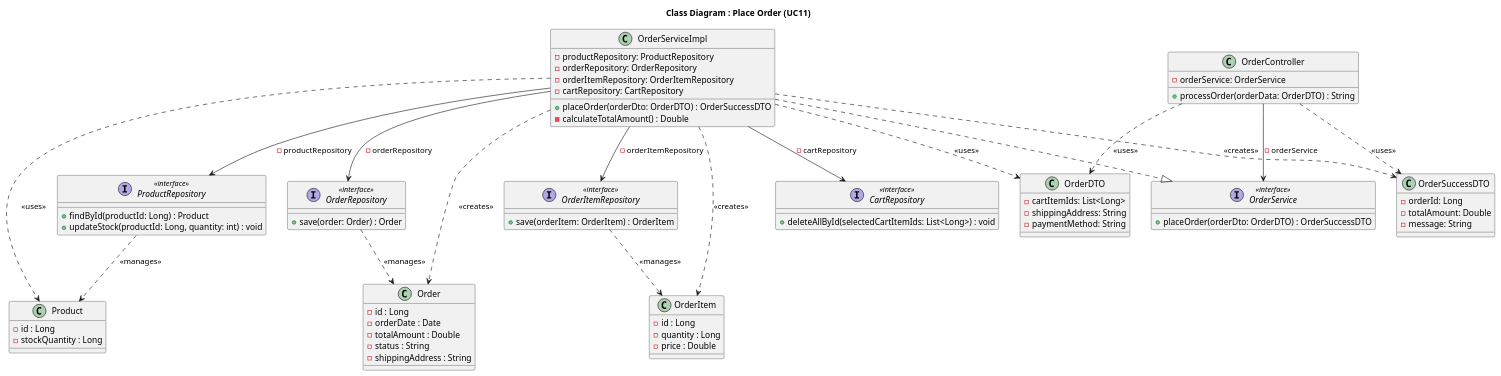
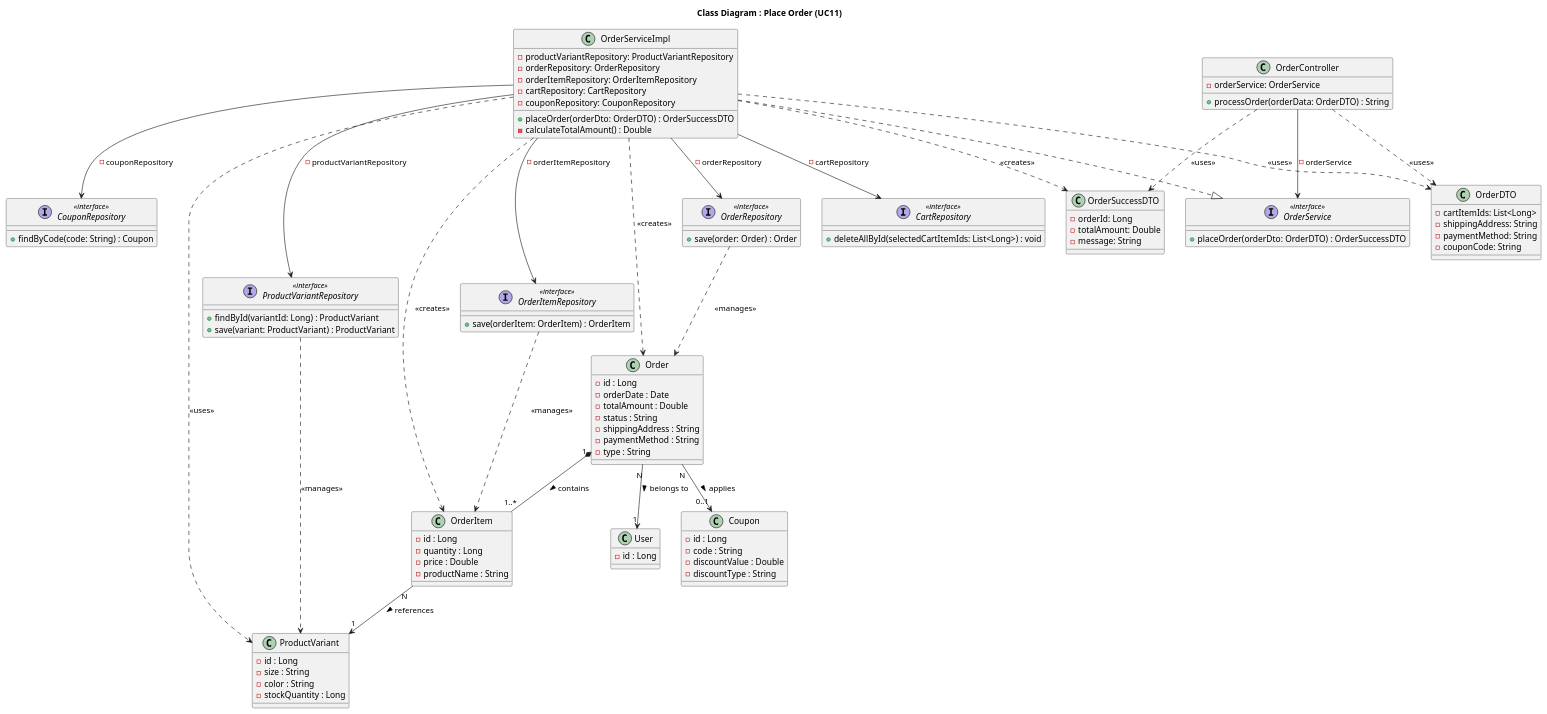
Before and after one commit to Peterdir/fashion-store-system: the diagram in src/main/java/org/example/fashionstoresystem/uml/Class/CD11_PlaceOrder.puml, drawn with PlantUML. The commit also changed 10 other files, not shown here.

```diff
--- a/src/main/java/org/example/fashionstoresystem/uml/Class/CD11_PlaceOrder.puml
+++ b/src/main/java/org/example/fashionstoresystem/uml/Class/CD11_PlaceOrder.puml
@@ -1,102 +1,129 @@
 @startuml
 title Class Diagram : Place Order (UC11)
 
 ' Controller
 class OrderController {
     - orderService: OrderService
     + processOrder(orderData: OrderDTO) : String
 }
 
 ' Service
+
 interface OrderService <<interface>>{
     + placeOrder(orderDto: OrderDTO) : OrderSuccessDTO
 }
 
 class OrderServiceImpl {
     + placeOrder(orderDto: OrderDTO) : OrderSuccessDTO
     - calculateTotalAmount() : Double
-    - productRepository: ProductRepository
+    - productVariantRepository: ProductVariantRepository
     - orderRepository: OrderRepository
     - orderItemRepository: OrderItemRepository
     - cartRepository: CartRepository
+    - couponRepository: CouponRepository
 }
 
 ' Repository
-interface ProductRepository <<interface>> {
-    + findById(productId: Long) : Product
-    + updateStock(productId: Long, quantity: int) : void
+interface ProductVariantRepository <<interface>> {
+    + findById(variantId: Long) : ProductVariant
+    + save(variant: ProductVariant) : ProductVariant
 }
 
 interface OrderRepository <<interface>> {
     + save(order: Order) : Order
 }
 
 interface OrderItemRepository <<interface>> {
     + save(orderItem: OrderItem) : OrderItem
 }
 
 interface CartRepository <<interface>> {
     + deleteAllById(selectedCartItemIds: List<Long>) : void
 }
 
+interface CouponRepository <<interface>> {
+    + findByCode(code: String) : Coupon
+}
+
 ' Entity & DTO
 class OrderDTO {
     - cartItemIds: List<Long>
     - shippingAddress: String
     - paymentMethod: String
+    - couponCode: String
 }
 
 class OrderSuccessDTO {
     - orderId: Long
     - totalAmount: Double
     - message: String
 }
 
 class Order {
     - id : Long
     - orderDate : Date
     - totalAmount : Double
     - status : String
     - shippingAddress : String
+    - paymentMethod : String
+    - type : String
 }
 
 class OrderItem {
     - id : Long
     - quantity : Long
     - price : Double
+    - productName : String
 }
 
-class Product {
+class ProductVariant {
     - id : Long
+    - size : String
+    - color : String
     - stockQuantity : Long
 }
 
+class Coupon {
+    - id : Long
+    - code : String
+    - discountValue : Double
+    - discountType : String
+}
 
+class User {
+    - id : Long
+}
 
 ' Relationships
+
+Order "1" *-- "1..*" OrderItem : contains >
+Order "N" --> "1" User : belongs to >
+Order "N" --> "0..1" Coupon : applies >
+OrderItem "N" --> "1" ProductVariant : references >
 
 ' Class implement Interface
 OrderServiceImpl ..|> OrderService
 
 ' Dependency Injection
 OrderController --> OrderService: - orderService
-OrderServiceImpl --> ProductRepository: - productRepository
+OrderServiceImpl --> ProductVariantRepository: - productVariantRepository
 OrderServiceImpl --> OrderRepository: - orderRepository
 OrderServiceImpl --> OrderItemRepository: - orderItemRepository
 OrderServiceImpl --> CartRepository: - cartRepository
+OrderServiceImpl --> CouponRepository: - couponRepository
 
 ' Object Usage
 OrderController ..> OrderDTO : <<uses>>
 OrderController ..> OrderSuccessDTO : <<uses>>
 OrderServiceImpl ..> OrderDTO : <<uses>>
 OrderServiceImpl ..> OrderSuccessDTO : <<creates>>
 
 OrderRepository ..> Order : <<manages>>
 OrderServiceImpl ..> Order : <<creates>>
 
-ProductRepository ..> Product : <<manages>>
-OrderServiceImpl ..> Product : <<uses>>
+ProductVariantRepository ..> ProductVariant : <<manages>>
+OrderServiceImpl ..> ProductVariant : <<uses>>
 
 OrderItemRepository ..> OrderItem : <<manages>>
 OrderServiceImpl ..> OrderItem : <<creates>>
 @enduml
```
